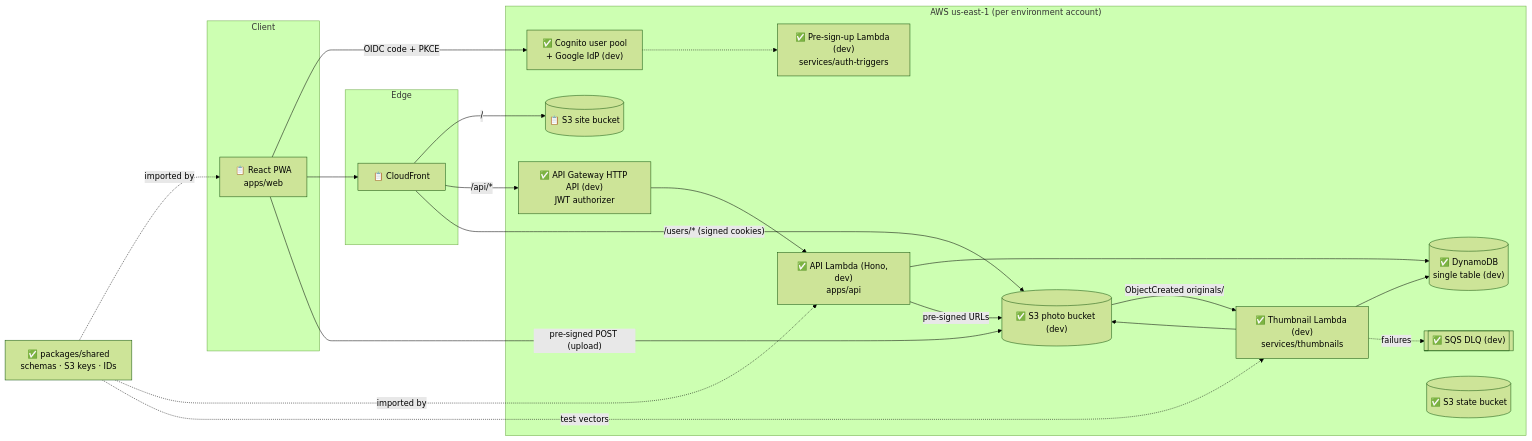
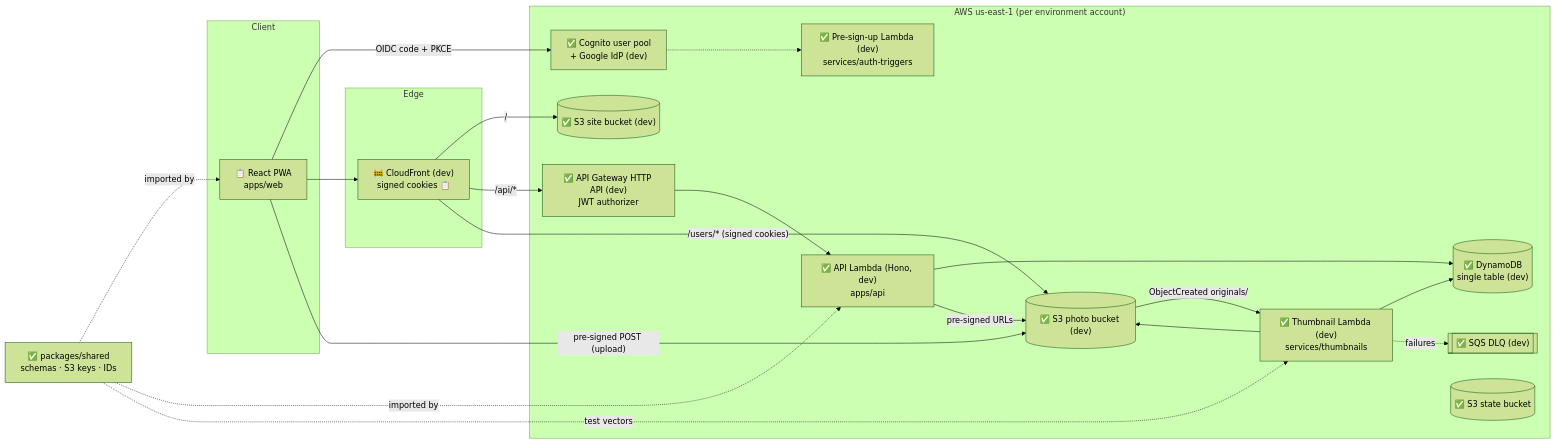
Before and after one commit to EdgarA28/Photo-app: the first of 6 diagrams in ARCHITECTURE.md, drawn with Mermaid (forest theme). The commit also changed other lines of this file and 19 other files, not shown here.

First line of the commit message:
Add CloudFront and the site bucket, open the app on CloudFront (Phase 7.1, 7.5)

````diff
--- a/ARCHITECTURE.md
+++ b/ARCHITECTURE.md
@@ -67,42 +67,42 @@
 ```mermaid
 flowchart LR
   subgraph Client
     PWA["📋 React PWA<br/>apps/web"]
   end
 
   subgraph Edge
-    CF["📋 CloudFront"]
+    CF["🚧 CloudFront (dev)<br/>signed cookies 📋"]
   end
 
   subgraph AWS["AWS us-east-1 (per environment account)"]
     COG["✅ Cognito user pool<br/>+ Google IdP (dev)"]
     TRIG["✅ Pre-sign-up Lambda (dev)<br/>services/auth-triggers"]
     APIGW["✅ API Gateway HTTP API (dev)<br/>JWT authorizer"]
     API["✅ API Lambda (Hono, dev)<br/>apps/api"]
     DDB[("✅ DynamoDB<br/>single table (dev)")]
-    WEB[("📋 S3 site bucket")]
+    WEB[("✅ S3 site bucket (dev)")]
     S3[("✅ S3 photo bucket (dev)")]
     THUMB["✅ Thumbnail Lambda (dev)<br/>services/thumbnails"]
     DLQ[["✅ SQS DLQ (dev)"]]
     STATE[("✅ S3 state bucket")]
   end
 
   SHARED["✅ packages/shared<br/>schemas · S3 keys · IDs"]
 
   PWA -- "OIDC code + PKCE" --> COG
   COG -.-> TRIG
   PWA --> CF
   CF -- "/" --> WEB
   CF -- "/api/*" --> APIGW --> API
   CF -- "/users/* (signed cookies)" --> S3
   API --> DDB
   API -- "pre-signed URLs" --> S3
   PWA -- "pre-signed POST (upload)" --> S3
   S3 -- "ObjectCreated originals/" --> THUMB
   THUMB --> S3
   THUMB --> DDB
   THUMB -. "failures" .-> DLQ
   SHARED -. "imported by" .-> PWA
   SHARED -. "imported by" .-> API
   SHARED -. "test vectors" .-> THUMB
 ```
````
